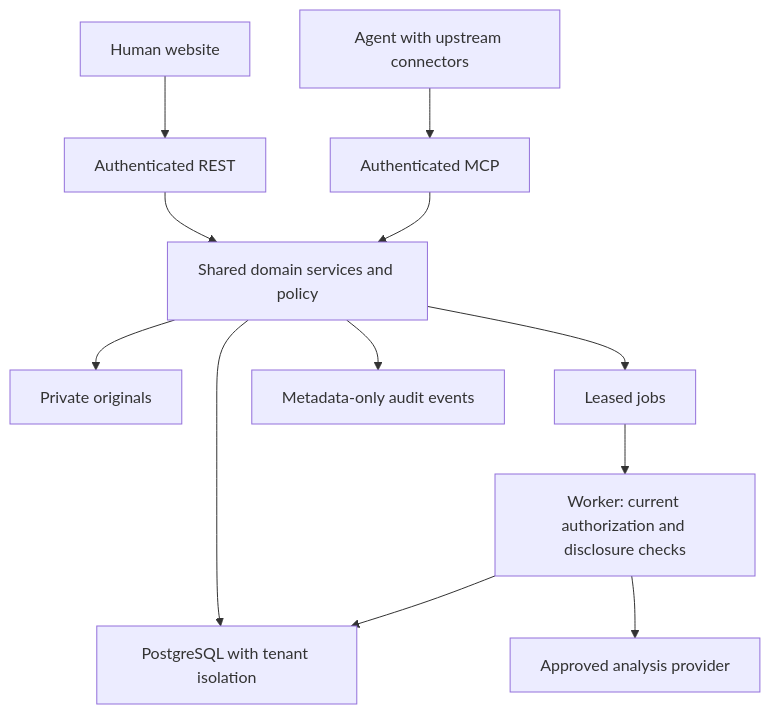
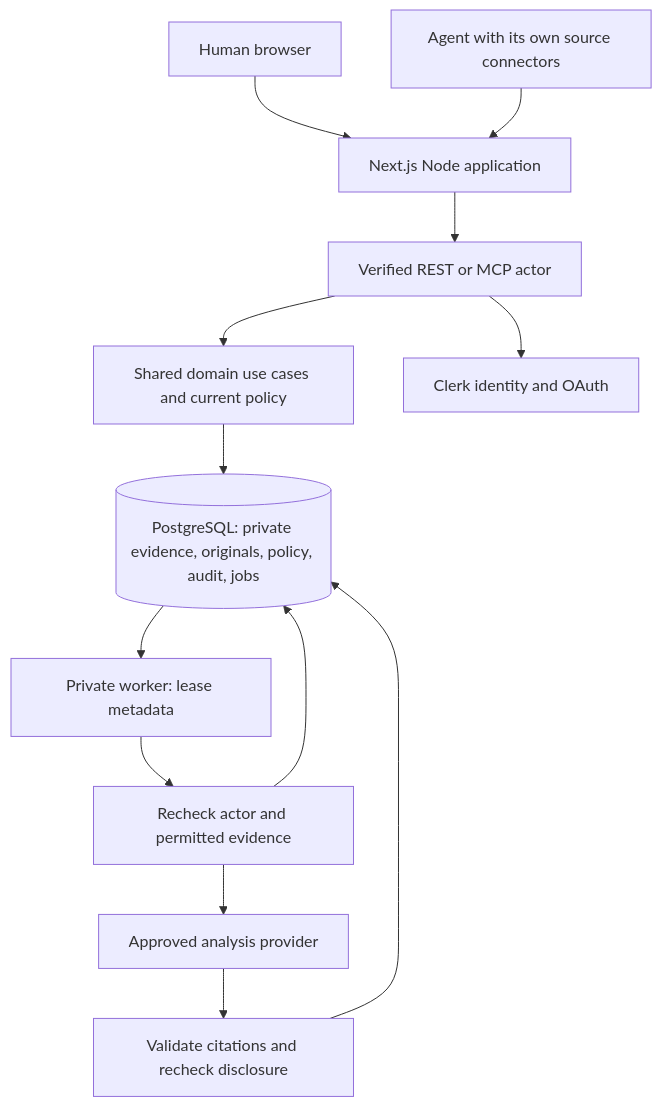
One commit to PhucLuu-091005/cybernetics changed the diagram in docs/superpowers/specs/2026-10-10-investigator-srd.md. Above: the diagram before and after it, drawn with Mermaid. The commit also changed other lines of this file and 5 other files, not shown here.

Commit message:
docs: evaluate architectures and select modular monolith with worker

````diff
--- a/docs/superpowers/specs/2026-10-10-investigator-srd.md
+++ b/docs/superpowers/specs/2026-10-10-investigator-srd.md
@@ -169,14 +181,15 @@
 ```mermaid
 flowchart TD
-    W[Human website] --> R[Authenticated REST]
-    A[Agent with upstream connectors] --> M[Authenticated MCP]
-    R --> D[Shared domain services and policy]
-    M --> D
-    D --> P[PostgreSQL with tenant isolation]
-    D --> O[Private originals]
-    D --> J[Leased jobs]
-    J --> K[Worker: current authorization and disclosure checks]
-    K --> L[Approved analysis provider]
-    K --> P
-    D --> U[Metadata-only audit events]
+    H[Human browser] --> W[Next.js Node application]
+    A[Agent with its own source connectors] --> W
+    W --> R[Verified REST or MCP actor]
+    R --> D[Shared domain use cases and current policy]
+    R --> I[Clerk identity and OAuth]
+    D --> P[(PostgreSQL: private evidence, originals, policy, audit, jobs)]
+    P --> Q[Private worker: lease metadata]
+    Q --> C[Recheck actor and permitted evidence]
+    C --> P
+    C --> L[Approved analysis provider]
+    L --> V[Validate citations and recheck disclosure]
+    V --> P
 ```
````
